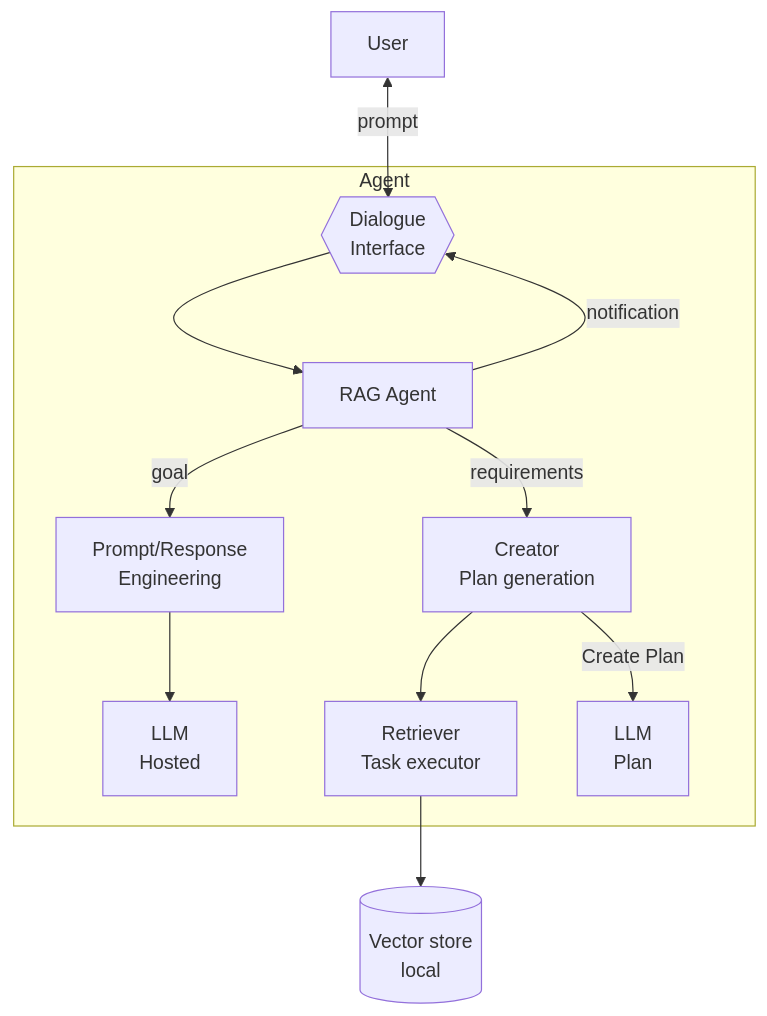
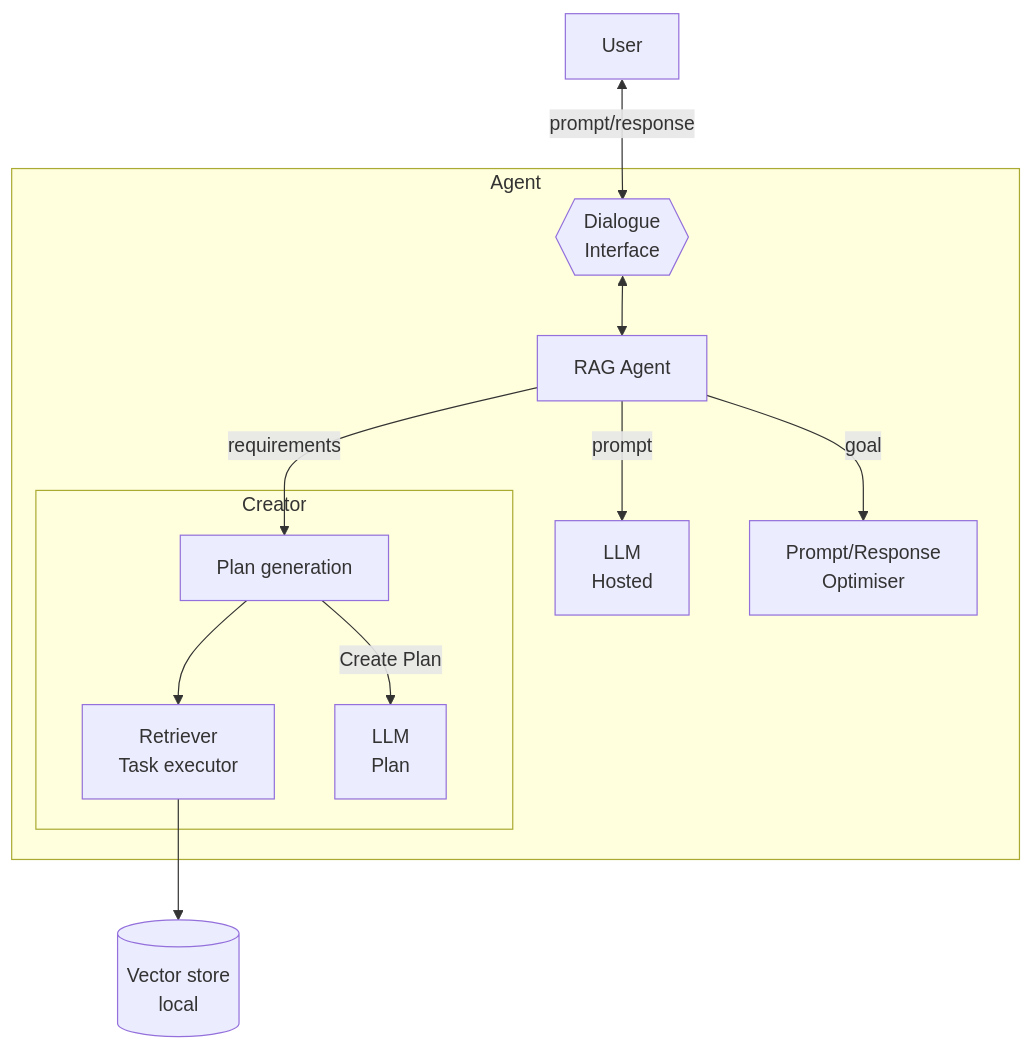
The diagram in doc/RetrievalAugmentedGeneration.md (yanjustino/AgentPatternCatalogue), drawn with Mermaid before and after one commit. The commit also changed 1 other file, not shown here.

Commit message:
Update README and RetrievalAugmentedGeneration documentation to include new patterns and correct model reference

````diff
--- a/doc/RetrievalAugmentedGeneration.md
+++ b/doc/RetrievalAugmentedGeneration.md
@@ -6,19 +6,21 @@
 ```mermaid
 flowchart TD
-    U[User] <-->|prompt| Dlg{{ Dialogue <br>Interface }}
-    PG[Creator <br>Plan generation]
+    U[User] <-->|prompt/response| Dlg{{ Dialogue <br>Interface }}
+    PG[Plan generation]
     TE[Retriever <br>Task executor]
     VS[(Vector store<br/>local)]
     LLM[LLM <br>Hosted]
-    
+
     subgraph AGENT [Agent]
-        Dlg --> RAG[RAG Agent]
-        RAG -->|goal| PRE[Prompt/Response <br>Engineering]
+        subgraph CREATOR [Creator]
+            PG --> TE
+            PG --> |Create Plan| LLMa[LLM <br>Plan]
+        end
+
+        Dlg <--> RAG[RAG Agent]
+        RAG -->|goal| PRE[Prompt/Response <br>Optimiser]
         RAG -->|requirements| PG
-        RAG -- notification --> Dlg
-        PG --> TE
-        PG --> |Create Plan| LLMa[LLM <br>Plan]
-        PRE --> LLM
+        RAG -->|prompt| LLM
     end
     TE --> VS
 ```
````
